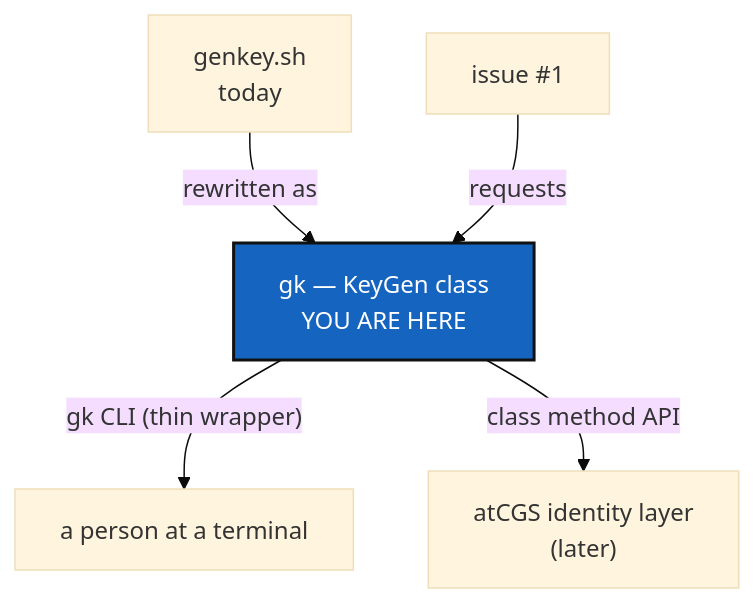
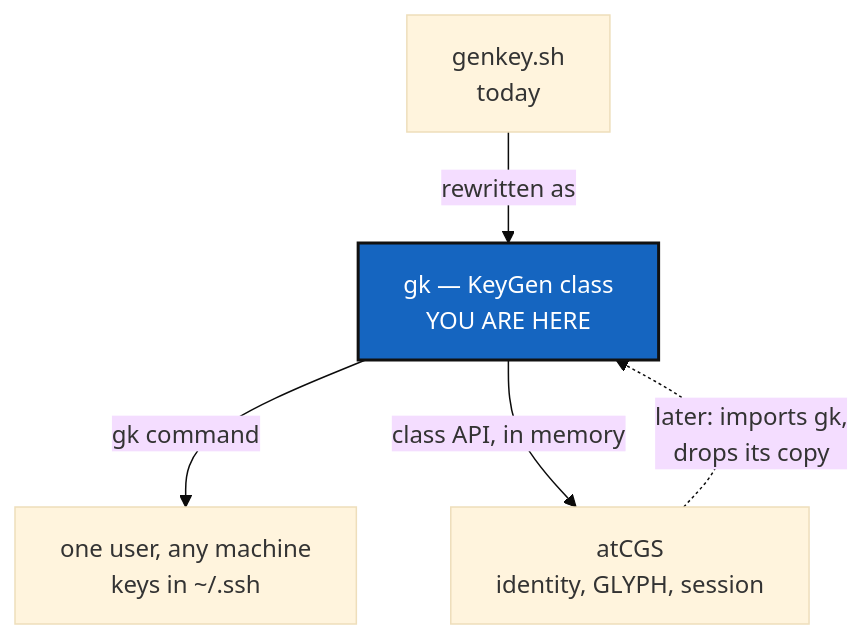
The diagram in .localSpec/DevTickets/openTickets/1-gk_1-1_KeyGenPackage_DevPlanTicket.md (flipoyo/sshKeyGen), drawn with Mermaid (base theme) before and after one commit. The commit also changed other lines of this file, not shown here.

Commit message:
Ticket: make KeyGenPackage compatible with atCGS

````diff
--- a/.localSpec/DevTickets/openTickets/1-gk_1-1_KeyGenPackage_DevPlanTicket.md
+++ b/.localSpec/DevTickets/openTickets/1-gk_1-1_KeyGenPackage_DevPlanTicket.md
@@ -35,10 +36,10 @@
 ```mermaid
 graph TD
-    SH["genkey.sh<br/>today"] -->|rewritten as| PKG["gk — KeyGen class<br/>YOU ARE HERE"]
-    PKG -->|"gk CLI (thin wrapper)"| USER["a person at a terminal"]
-    PKG -->|"class method API"| ATCGS["atCGS identity layer<br/>(later)"]
-    ISSUE["issue #1"] -->|requests| PKG
+    SH["genkey.sh<br/>today"] -->|rewritten as| GK["gk — KeyGen class<br/>YOU ARE HERE"]
+    GK -->|"gk command"| USER["one user, any machine<br/>keys in ~/.ssh"]
+    GK -->|"class API, in memory"| AT["atCGS<br/>identity, GLYPH, session"]
+    AT -.->|"later: imports gk,<br/>drops its copy"| GK
 
     classDef here fill:#1565C0,color:#fff,stroke:#111,stroke-width:2px;
-    class PKG here;
+    class GK here;
 ```
````
